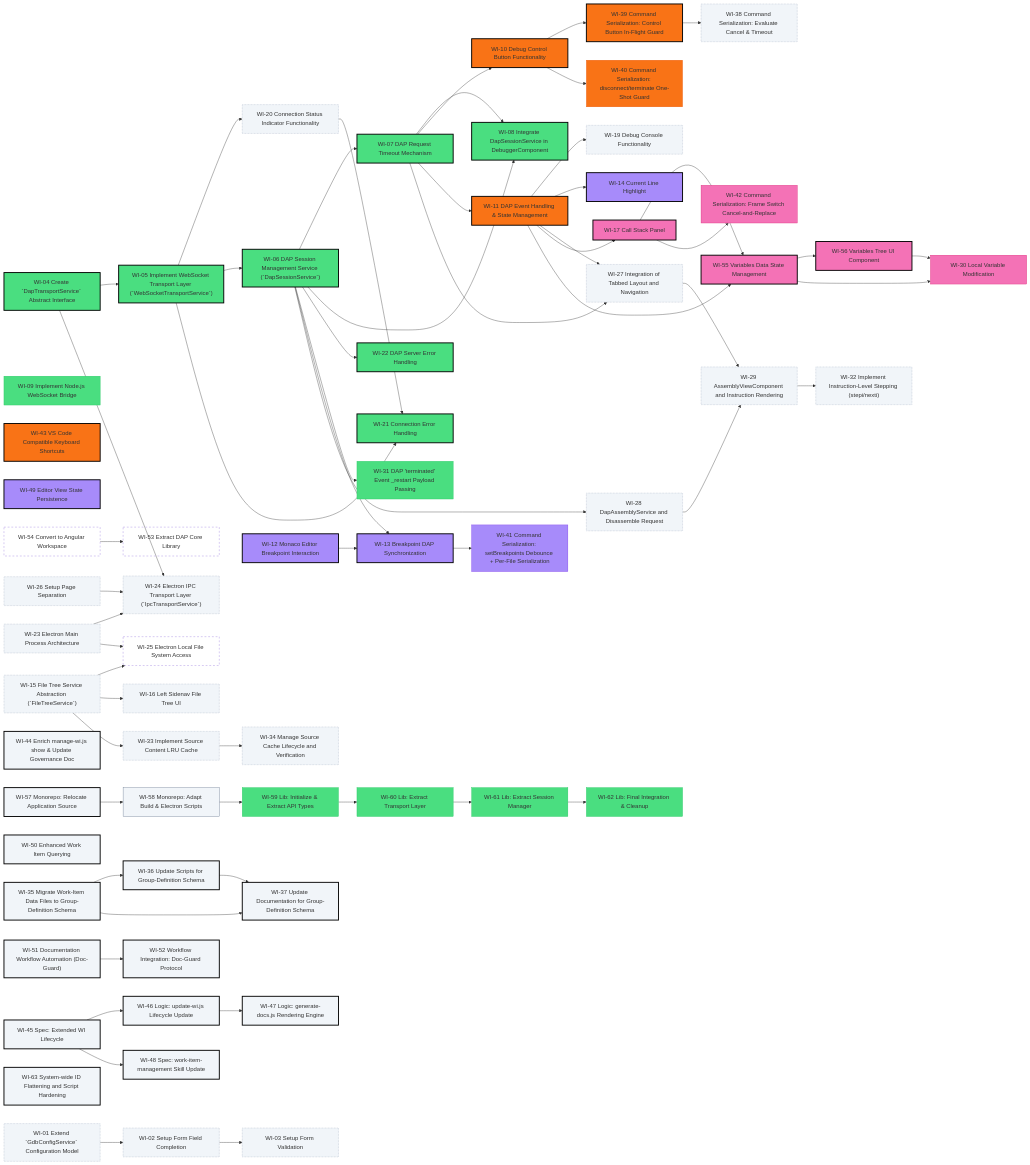
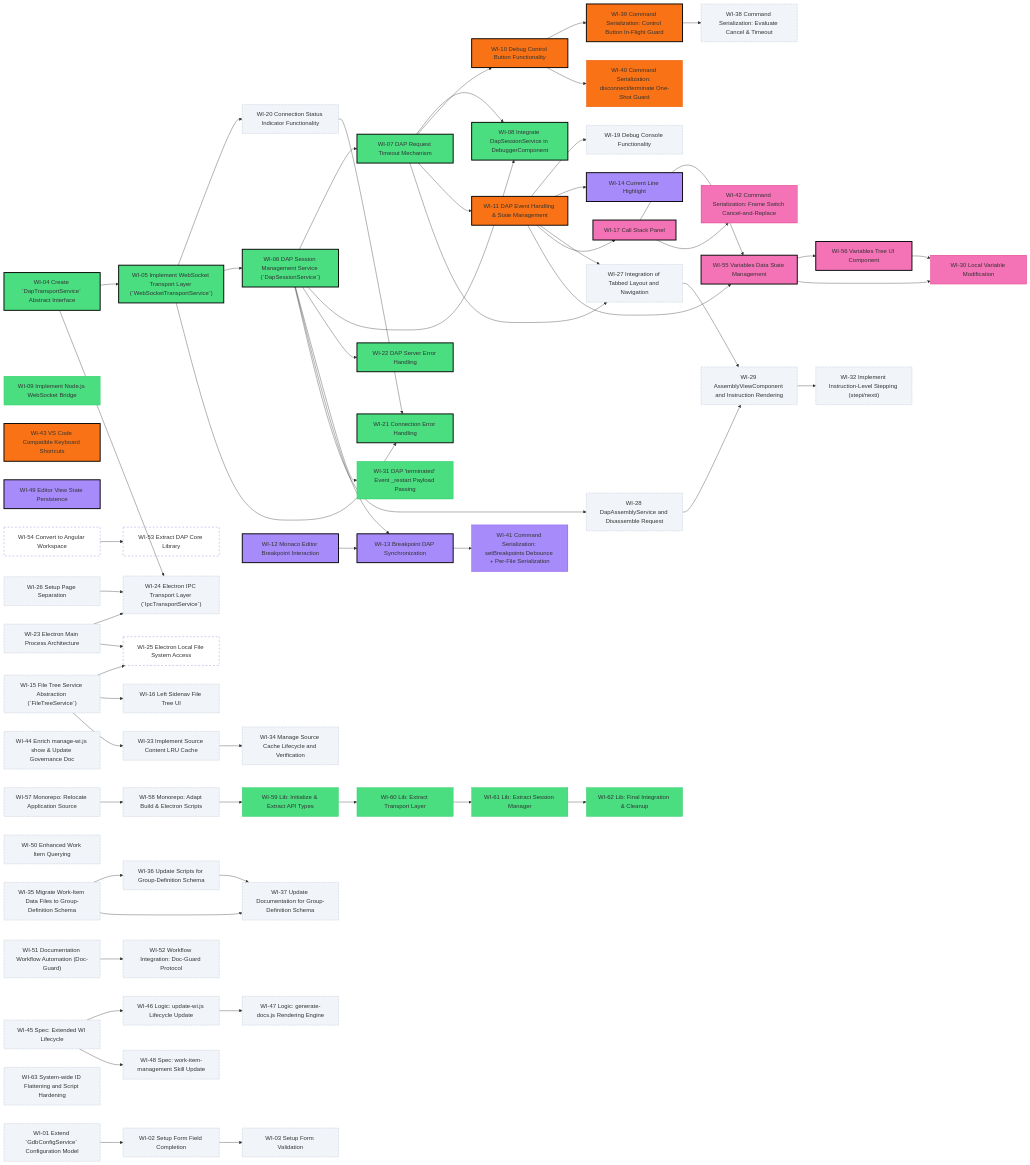
The diagram in docs/project-roadmap.md (tangpo387-arch/taro-debugger), drawn with Mermaid before and after one commit. The commit also changed other lines of this file and 6 other files, not shown here.

```diff
--- a/docs/project-roadmap.md
+++ b/docs/project-roadmap.md
@@ -163,21 +163,21 @@
     style WI_16 fill:#f1f5f9,stroke:#94a3b8,stroke-width:1px,stroke-dasharray:2
     style WI_33 fill:#f1f5f9,stroke:#94a3b8,stroke-width:1px,stroke-dasharray:2
     style WI_34 fill:#f1f5f9,stroke:#94a3b8,stroke-width:1px,stroke-dasharray:2
-    style WI_35 fill:#f1f5f9,stroke:#000,stroke-width:2.5px
-    style WI_36 fill:#f1f5f9,stroke:#000,stroke-width:2.5px
-    style WI_37 fill:#f1f5f9,stroke:#000,stroke-width:2.5px
-    style WI_44 fill:#f1f5f9,stroke:#000,stroke-width:2.5px
-    style WI_45 fill:#f1f5f9,stroke:#000,stroke-width:2.5px
-    style WI_46 fill:#f1f5f9,stroke:#000,stroke-width:2.5px
-    style WI_47 fill:#f1f5f9,stroke:#000,stroke-width:2.5px
-    style WI_48 fill:#f1f5f9,stroke:#000,stroke-width:2.5px
-    style WI_50 fill:#f1f5f9,stroke:#000,stroke-width:2.5px
-    style WI_51 fill:#f1f5f9,stroke:#000,stroke-width:2.5px
-    style WI_52 fill:#f1f5f9,stroke:#000,stroke-width:2.5px
+    style WI_35 fill:#f1f5f9,stroke:#94a3b8,stroke-width:1px,stroke-dasharray:2
+    style WI_36 fill:#f1f5f9,stroke:#94a3b8,stroke-width:1px,stroke-dasharray:2
+    style WI_37 fill:#f1f5f9,stroke:#94a3b8,stroke-width:1px,stroke-dasharray:2
+    style WI_44 fill:#f1f5f9,stroke:#94a3b8,stroke-width:1px,stroke-dasharray:2
+    style WI_45 fill:#f1f5f9,stroke:#94a3b8,stroke-width:1px,stroke-dasharray:2
+    style WI_46 fill:#f1f5f9,stroke:#94a3b8,stroke-width:1px,stroke-dasharray:2
+    style WI_47 fill:#f1f5f9,stroke:#94a3b8,stroke-width:1px,stroke-dasharray:2
+    style WI_48 fill:#f1f5f9,stroke:#94a3b8,stroke-width:1px,stroke-dasharray:2
+    style WI_50 fill:#f1f5f9,stroke:#94a3b8,stroke-width:1px,stroke-dasharray:2
+    style WI_51 fill:#f1f5f9,stroke:#94a3b8,stroke-width:1px,stroke-dasharray:2
+    style WI_52 fill:#f1f5f9,stroke:#94a3b8,stroke-width:1px,stroke-dasharray:2
     style WI_54 fill:none,stroke-dasharray:5
-    style WI_57 fill:#f1f5f9,stroke:#000,stroke-width:2.5px
-    style WI_58 fill:#f1f5f9,stroke:#64748b
-    style WI_63 fill:#f1f5f9,stroke:#000,stroke-width:2.5px
+    style WI_57 fill:#f1f5f9,stroke:#94a3b8,stroke-width:1px,stroke-dasharray:2
+    style WI_58 fill:#f1f5f9,stroke:#94a3b8,stroke-width:1px,stroke-dasharray:2
+    style WI_63 fill:#f1f5f9,stroke:#94a3b8,stroke-width:1px,stroke-dasharray:2
     style WI_27 fill:#f1f5f9,stroke:#94a3b8,stroke-width:1px,stroke-dasharray:2
     style WI_28 fill:#f1f5f9,stroke:#94a3b8,stroke-width:1px,stroke-dasharray:2
     style WI_29 fill:#f1f5f9,stroke:#94a3b8,stroke-width:1px,stroke-dasharray:2
```
